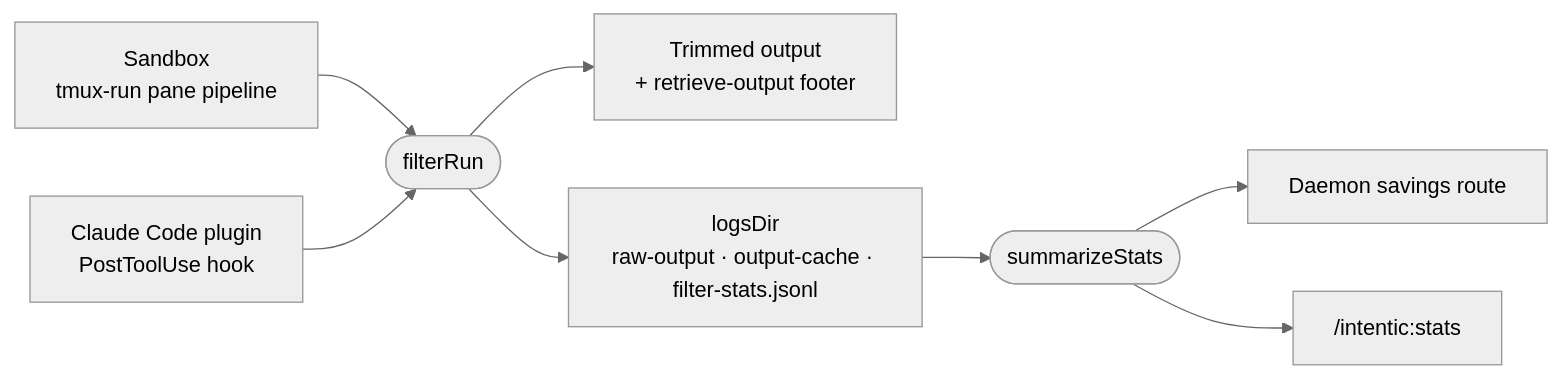
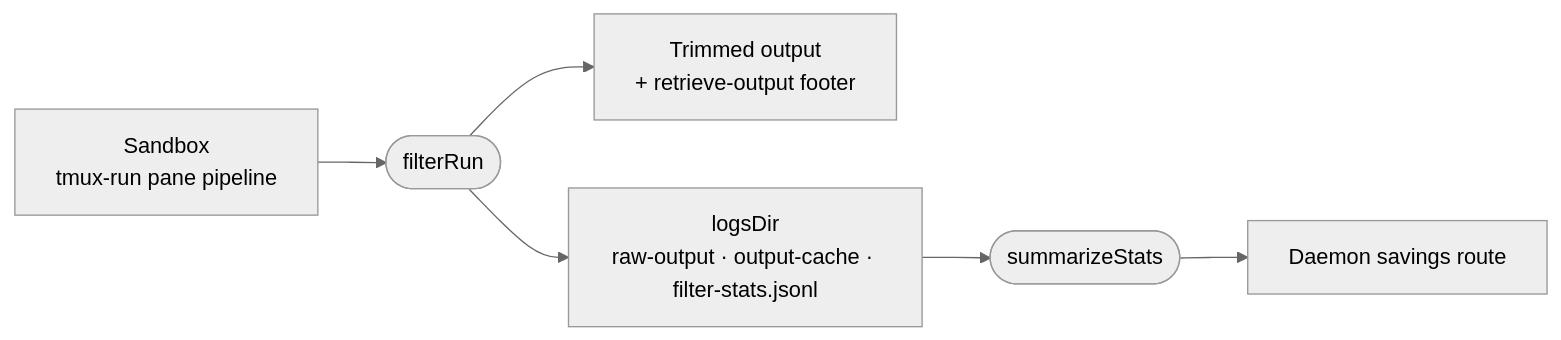
Before and after one commit to intentic/intentic: the diagram in _sandbox/output-cleaners/README.md, drawn with Mermaid (neutral theme). The commit also changed other lines of this file and 57 other files, not shown here.

First line of the commit message:
feat!: remove claude-plugin</arg_value>Actually, let me reconsider. Looking at the diff more

````diff
--- a/_sandbox/output-cleaners/README.md
+++ b/_sandbox/output-cleaners/README.md
@@ -5,10 +5,8 @@
 ```mermaid
 flowchart LR
     pane["Sandbox<br/>tmux-run pane pipeline"] --> run(["filterRun"])
-    hook["Claude Code plugin<br/>PostToolUse hook"] --> run
     run --> out["Trimmed output<br/>+ retrieve-output footer"]
     run --> logs["logsDir<br/>raw-output · output-cache · filter-stats.jsonl"]
     logs --> stats(["summarizeStats"])
     stats --> daemon["Daemon savings route"]
-    stats --> plugin["/intentic:stats"]
 ```
````
